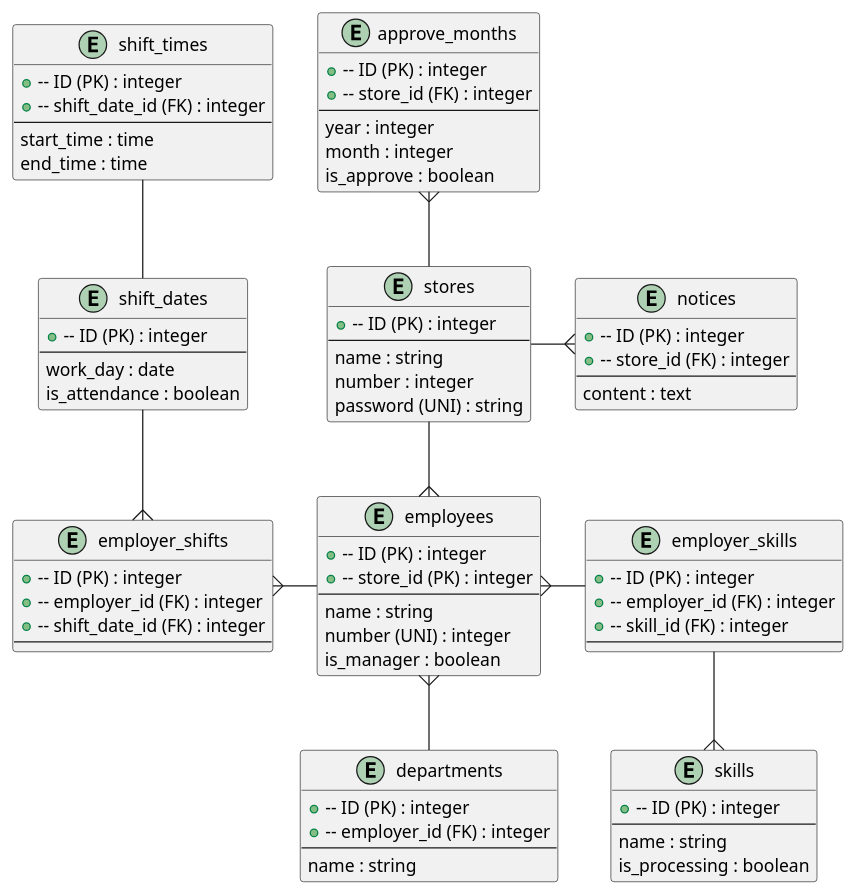
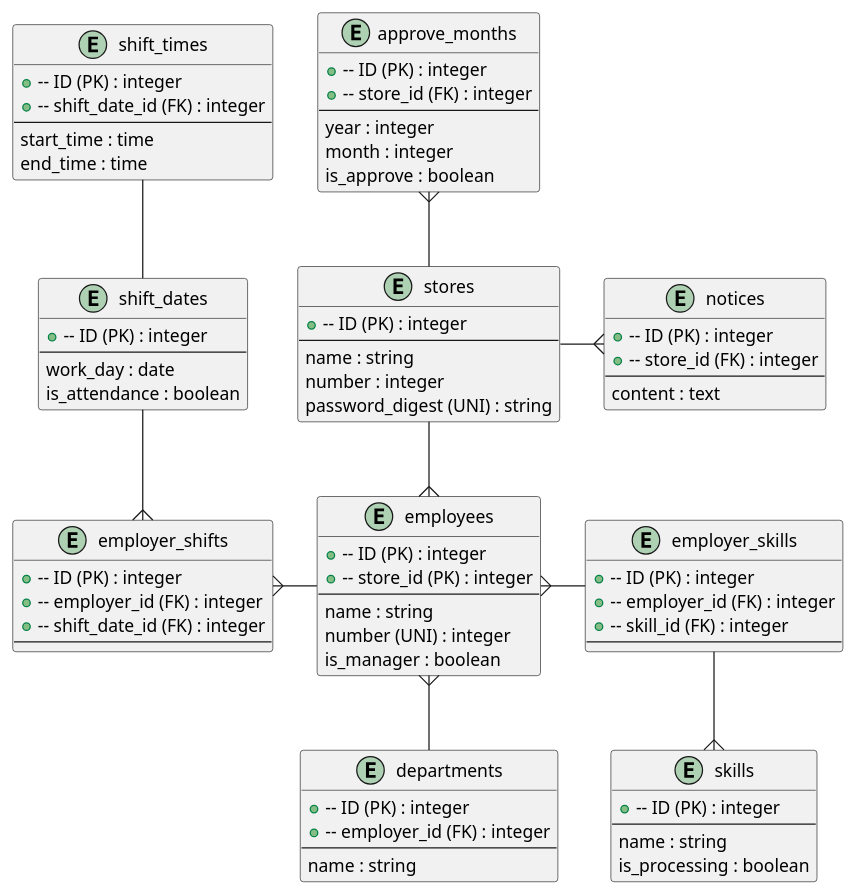
One commit to kokimoriguchi/portfolio-shift changed the diagram in ER.pu. Above: the diagram before and after it, drawn with PlantUML. The commit also changed 1737 other files, not shown here.

```diff
--- a/ER.pu
+++ b/ER.pu
@@ -1,88 +1,88 @@
 @startuml ER
 
 entity "employees" as employees {
   +-- ID (PK) : integer
   +-- store_id (PK) : integer
   --
   name : string
   number (UNI) : integer
   is_manager : boolean
 }
 
 entity "shift_times" as shift_times {
   +-- ID (PK) : integer
   +-- shift_date_id (FK) : integer
   --
   start_time : time
   end_time : time
 }
 
 entity "shift_dates" as shift_dates {
   +-- ID (PK) : integer
   --
   work_day : date
   is_attendance : boolean
 }
 
 entity "employer_shifts" as employer_shifts {
   +-- ID (PK) : integer
   +-- employer_id (FK) : integer
   +-- shift_date_id (FK) : integer
   --
 }
 
 entity "approve_months" as approve_months {
   +-- ID (PK) : integer
   +-- store_id (FK) : integer
   --
   year : integer
   month : integer
   is_approve : boolean
 }
 
 entity "departments" as departments {
   +-- ID (PK) : integer
   +-- employer_id (FK) : integer
   --
   name : string
 }
 
 entity "skills" as skills {
   +-- ID (PK) : integer
   --
   name : string
   is_processing : boolean
 }
 
 entity "employer_skills" as employer_skills {
   +-- ID (PK) : integer
   +-- employer_id (FK) : integer
   +-- skill_id (FK) : integer
   --
 }
 
 entity "stores" as stores {
   +-- ID (PK) : integer
   --
   name : string
   number : integer
-  password (UNI) : string
+  password_digest (UNI) : string
 }
 
 entity "notices" as notices {
   +-- ID (PK) : integer
   +-- store_id (FK) : integer
   --
   content : text
 }
 stores -r-{ notices
 stores -d-{ employees
 employees -l-{ employer_shifts
 employer_shifts }-u- shift_dates
 shift_times -- shift_dates
 employer_skills -l-{ employees
 employer_skills --{ skills
 departments -u-{ employees
 approve_months }-- stores
 
 @enduml
```
